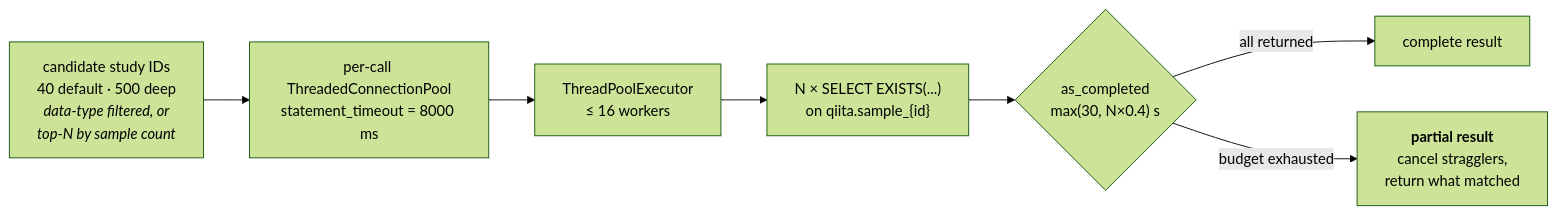
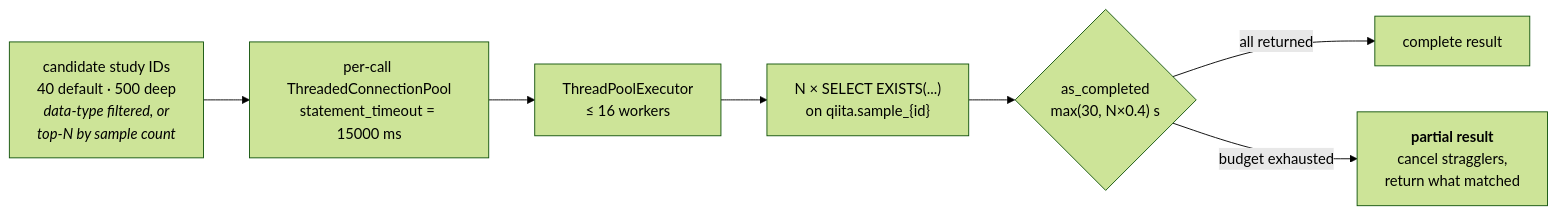
One commit to dhruvviveksharma/QiitaExplore changed the second of 2 diagrams in docs/04-search.md. Above: the diagram before and after it, drawn with Mermaid (forest theme). The commit also changed other lines of this file and 19 other files, not shown here.

````diff
--- a/docs/04-search.md
+++ b/docs/04-search.md
@@ -172,14 +186,14 @@
 ```mermaid
 flowchart LR
     A["candidate study IDs<br/>40 default · 500 deep<br/><i>data-type filtered, or<br/>top-N by sample count</i>"]
-    B["per-call ThreadedConnectionPool<br/>statement_timeout = 8000 ms"]
+    B["per-call ThreadedConnectionPool<br/>statement_timeout = 15000 ms"]
     C["ThreadPoolExecutor<br/>≤ 16 workers"]
     D["N × SELECT EXISTS(...)<br/>on qiita.sample_{id}"]
     E{"as_completed<br/>max(30, N×0.4) s"}
     F["complete result"]
     G["<b>partial result</b><br/>cancel stragglers,<br/>return what matched"]
 
     A --> B --> C --> D --> E
     E -->|all returned| F
     E -->|budget exhausted| G
 ```
````
